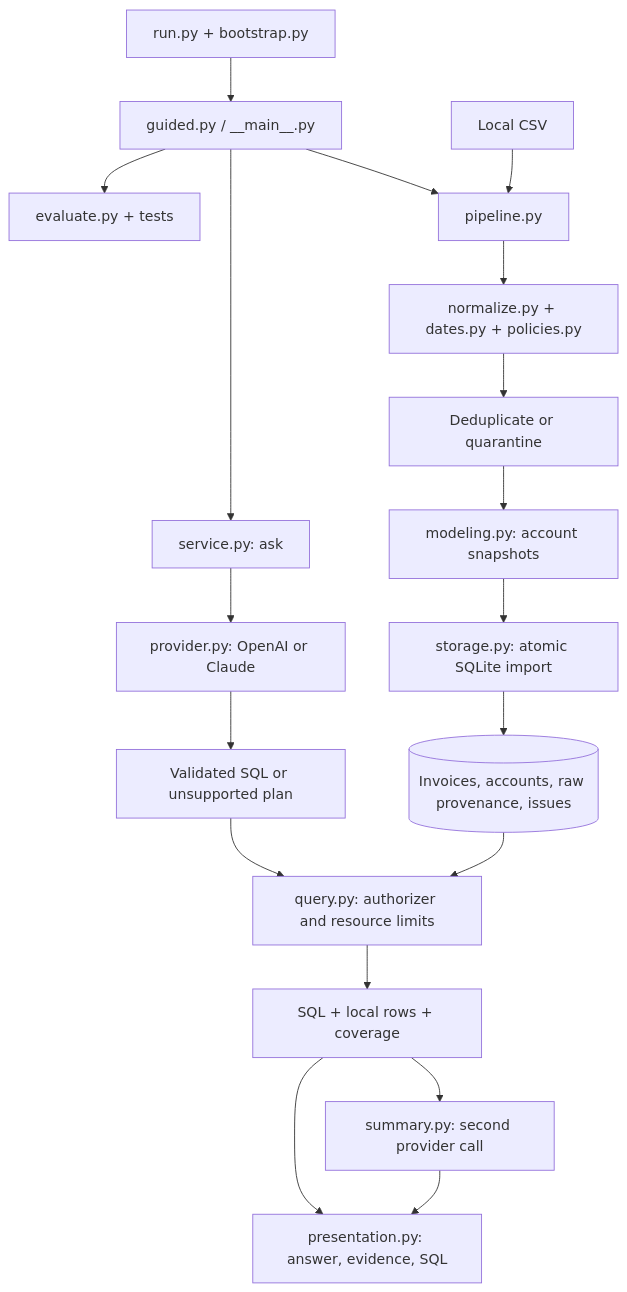
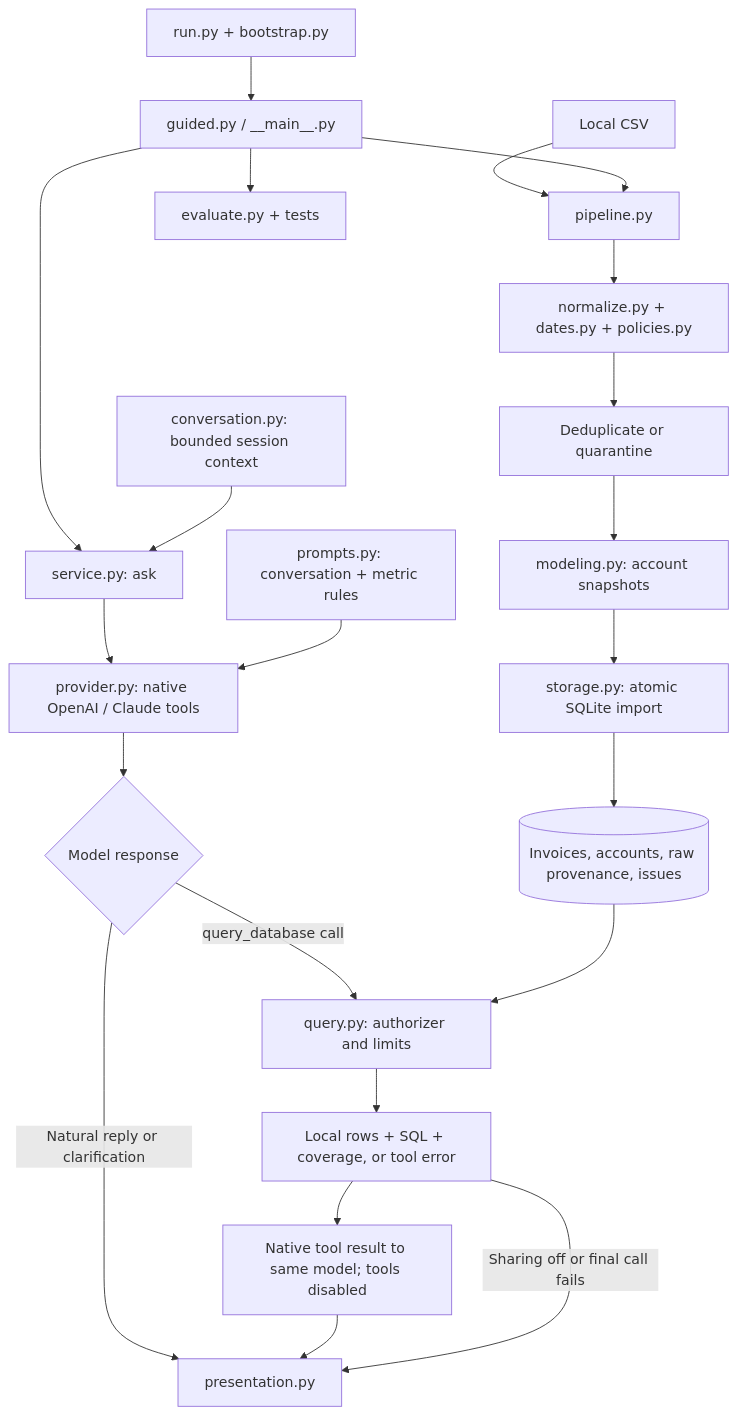
The diagram in README.md (fahmidme/cloudnova-query-agent), drawn with Mermaid before and after one commit. The commit also changed other lines of this file and 5 other files, not shown here.

Commit message:
Clarify agent metric rules and record live regression evidence

````diff
--- a/README.md
+++ b/README.md
@@ -127,21 +128,24 @@
 ```mermaid
 flowchart TD
     RUN[run.py + bootstrap.py] --> CLI[guided.py / __main__.py]
     CSV[Local CSV] --> P[pipeline.py]
     P --> N[normalize.py + dates.py + policies.py]
     N --> D[Deduplicate or quarantine]
     D --> M[modeling.py: account snapshots]
     M --> S[storage.py: atomic SQLite import]
     S --> DB[(Invoices, accounts, raw provenance, issues)]
     CLI --> P
     CLI --> A[service.py: ask]
-    A --> L[provider.py: OpenAI or Claude]
-    L --> PLAN[Validated SQL or unsupported plan]
-    PLAN --> Q[query.py: authorizer and resource limits]
+    A --> L[provider.py: native OpenAI / Claude tools]
+    CTX[conversation.py: bounded session context] --> A
+    PROMPT[prompts.py: conversation + metric rules] --> L
+    L --> CHOICE{Model response}
+    CHOICE -->|Natural reply or clarification| HUMAN[presentation.py]
+    CHOICE -->|query_database call| Q[query.py: authorizer and limits]
     DB --> Q
-    Q --> OUT[SQL + local rows + coverage]
-    OUT --> SUM[summary.py: second provider call]
-    SUM --> HUMAN[presentation.py: answer, evidence, SQL]
-    OUT --> HUMAN
+    Q --> OUT[Local rows + SQL + coverage, or tool error]
+    OUT --> FINAL[Native tool result to same model; tools disabled]
+    FINAL --> HUMAN
+    OUT -->|Sharing off or final call fails| HUMAN
     CLI --> E[evaluate.py + tests]
 ```
````
